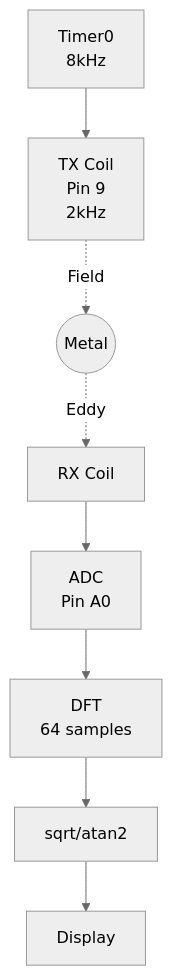
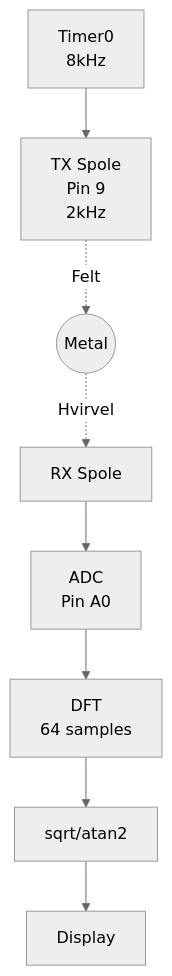
Before and after one commit to MadsRudolph/34621-Metal-Detector: the first of 2 diagrams in Docs/Guides/Code_Review.md, drawn with Mermaid (neutral theme). The commit also changed other lines of this file and 36 other files, not shown here.

````diff
--- a/Docs/Guides/Code_Review.md
+++ b/Docs/Guides/Code_Review.md
@@ -40,10 +40,10 @@
 ```mermaid
 flowchart TB
-    T0[Timer0<br>8kHz] --> TX[TX Coil<br>Pin 9<br>2kHz]
-    TX -.->|Field| M((Metal))
-    M -.->|Eddy| RX[RX Coil]
+    T0[Timer0<br>8kHz] --> TX[TX Spole<br>Pin 9<br>2kHz]
+    TX -.->|Felt| M((Metal))
+    M -.->|Hvirvel| RX[RX Spole]
     RX --> ADC[ADC<br>Pin A0]
     ADC --> DFT[DFT<br>64 samples]
     DFT --> CALC[sqrt/atan2]
     CALC --> OLED[Display]
 ```
````
